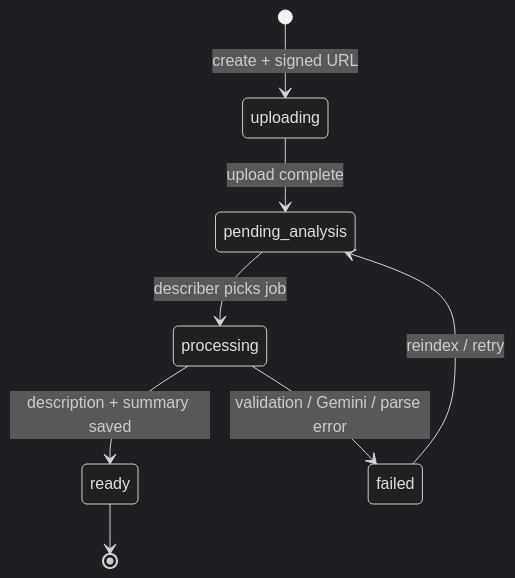
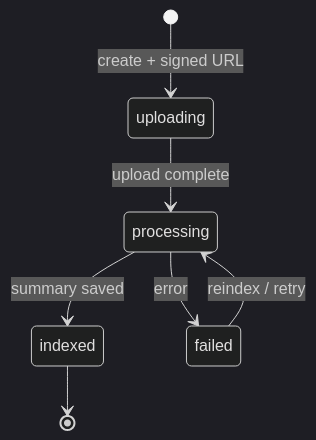
The seventh of 7 diagrams in docs/architecture/02-media-describer-flow.md (BasselSallam2/teacher-mock), drawn with Mermaid (dark theme) before and after one commit. The commit also changed other lines of this file and 10 other files, not shown here.

Commit message:
Enhance README and add system overview documentation; update media handling and lesson planning architecture. Introduce nested media folders and clarify production stack details.

````diff
--- a/docs/architecture/02-media-describer-flow.md
+++ b/docs/architecture/02-media-describer-flow.md
@@ -117,10 +141,9 @@
 ```mermaid
 stateDiagram-v2
   [*] --> uploading: create + signed URL
-  uploading --> pending_analysis: upload complete
-  pending_analysis --> processing: describer picks job
-  processing --> ready: description + summary saved
-  processing --> failed: validation / Gemini / parse error
-  failed --> pending_analysis: reindex / retry
-  ready --> [*]
+  uploading --> processing: upload complete
+  processing --> indexed: summary saved
+  processing --> failed: error
+  failed --> processing: reindex / retry
+  indexed --> [*]
 ```
````
